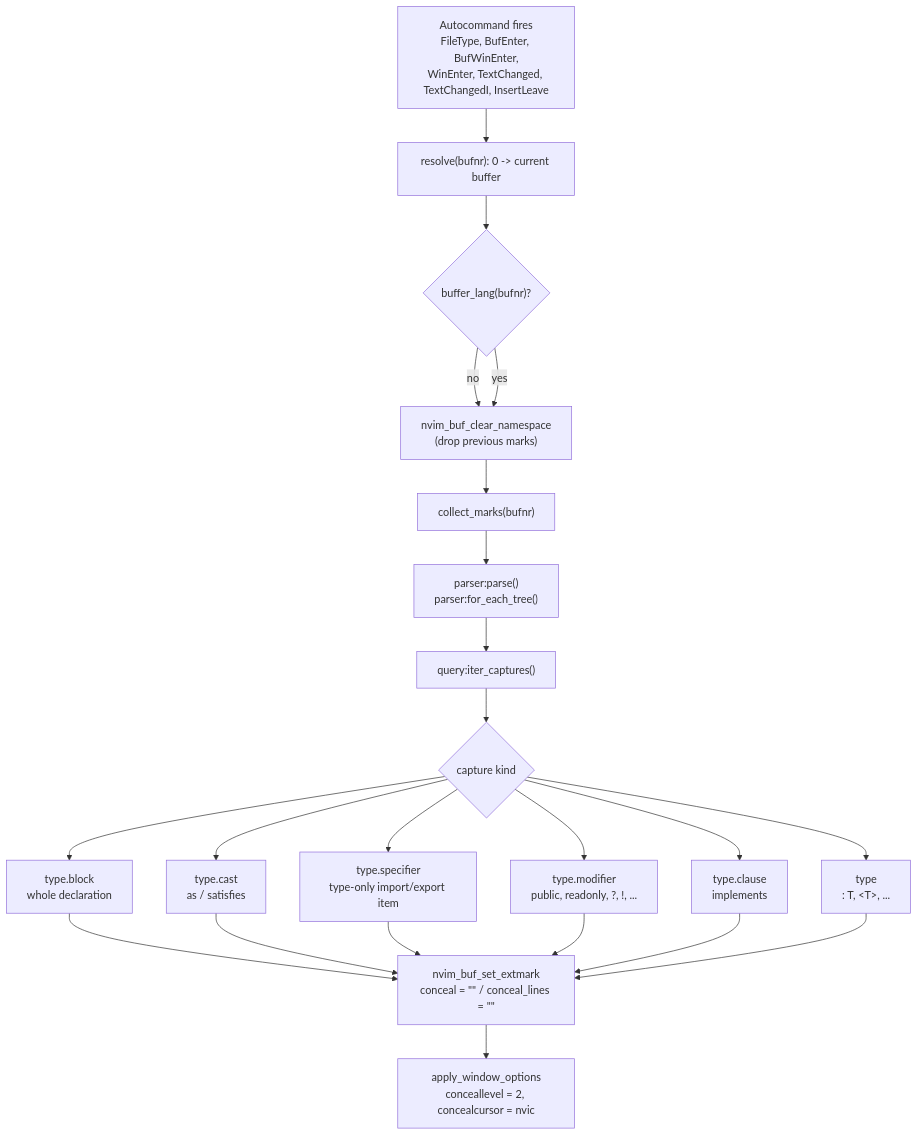
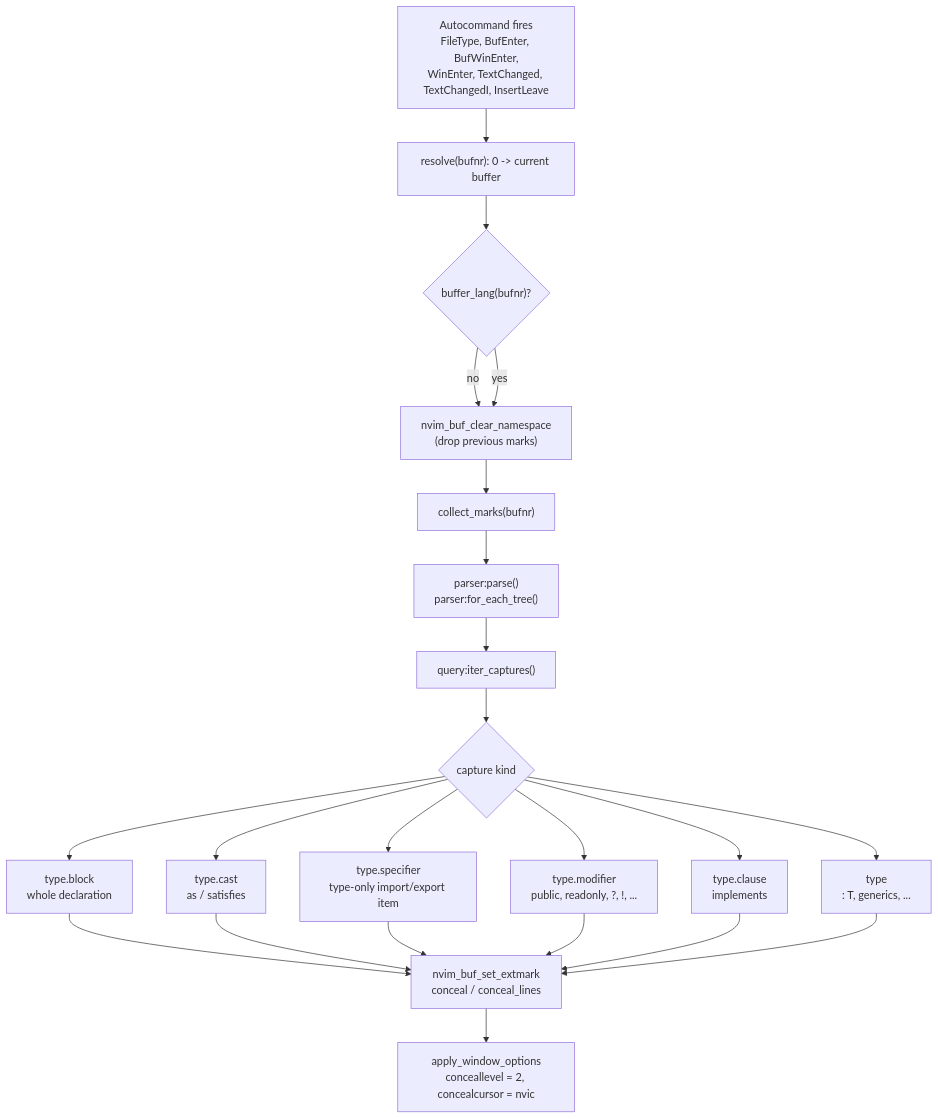
The second of 4 diagrams in doc/architecture.md (Robbson/type-hider.nvim), drawn with Mermaid before and after one commit. The commit also changed other lines of this file, not shown here.

Commit message:
Fixed mermaid graph rendering issue on Github

````diff
--- a/doc/architecture.md
+++ b/doc/architecture.md
@@ -63,26 +63,26 @@
 ```mermaid
 flowchart TD
     event["Autocommand fires<br/>FileType, BufEnter, BufWinEnter,<br/>WinEnter, TextChanged, TextChangedI, InsertLeave"]
     resolve["resolve(bufnr): 0 -> current buffer"]
     supported{"buffer_lang(bufnr)?"}
     clear["nvim_buf_clear_namespace<br/>(drop previous marks)"]
     collect["collect_marks(bufnr)"]
     parse["parser:parse()<br/>parser:for_each_tree()"]
     iter["query:iter_captures()"]
     kind{"capture kind"}
     block["type.block<br/>whole declaration"]
     cast["type.cast<br/>as / satisfies"]
     spec["type.specifier<br/>type-only import/export item"]
     mod["type.modifier<br/>public, readonly, ?, !, ..."]
     clause["type.clause<br/>implements"]
-    plain["type<br/>: T, &lt;T&gt;, ..."]
-    setmark["nvim_buf_set_extmark<br/>conceal = &quot;&quot; / conceal_lines = &quot;&quot;"]
+    plain["type<br/>: T, generics, ..."]
+    setmark["nvim_buf_set_extmark<br/>conceal / conceal_lines"]
     win["apply_window_options<br/>conceallevel = 2, concealcursor = nvic"]
 
     event --> resolve --> supported
     supported -- no --> clear
     supported -- yes --> clear --> collect
     collect --> parse --> iter --> kind
     kind --> block & cast & spec & mod & clause & plain
     block & cast & spec & mod & clause & plain --> setmark --> win
 ```
````
